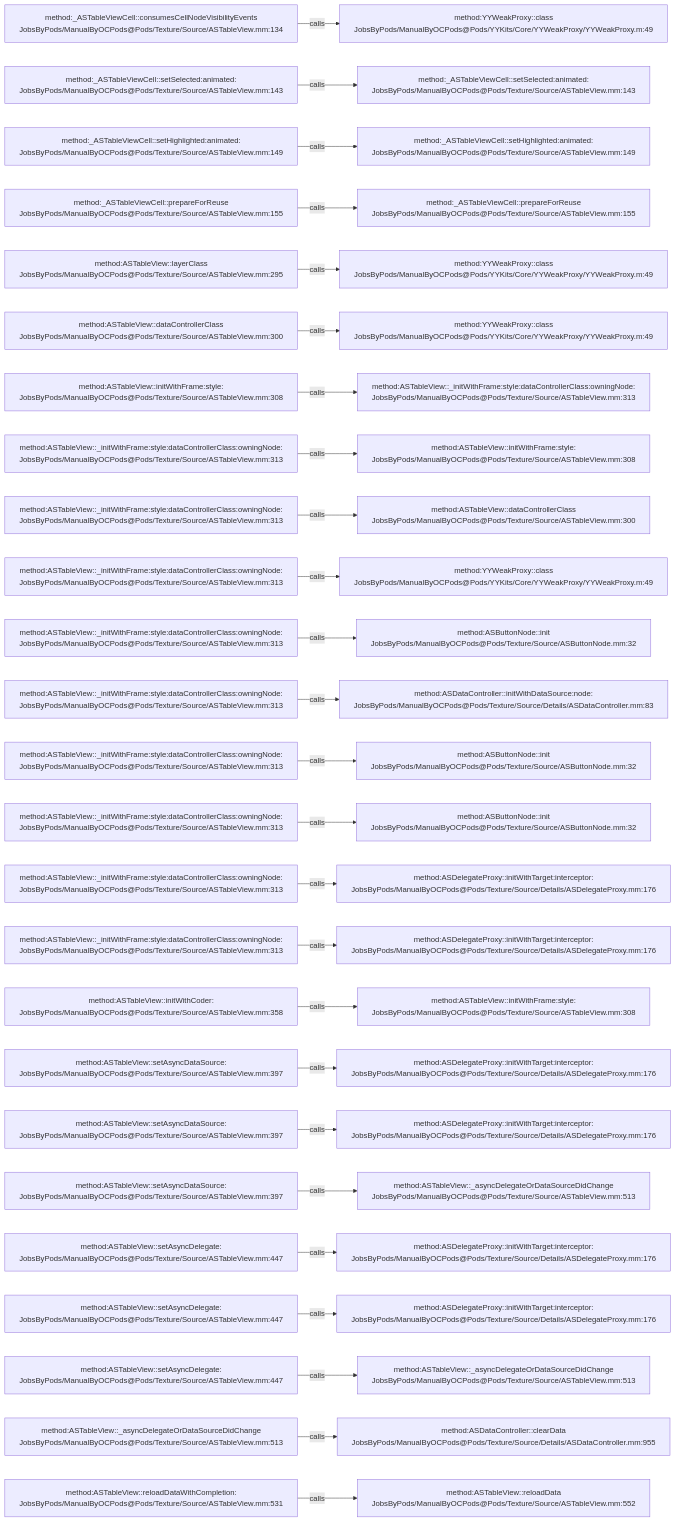
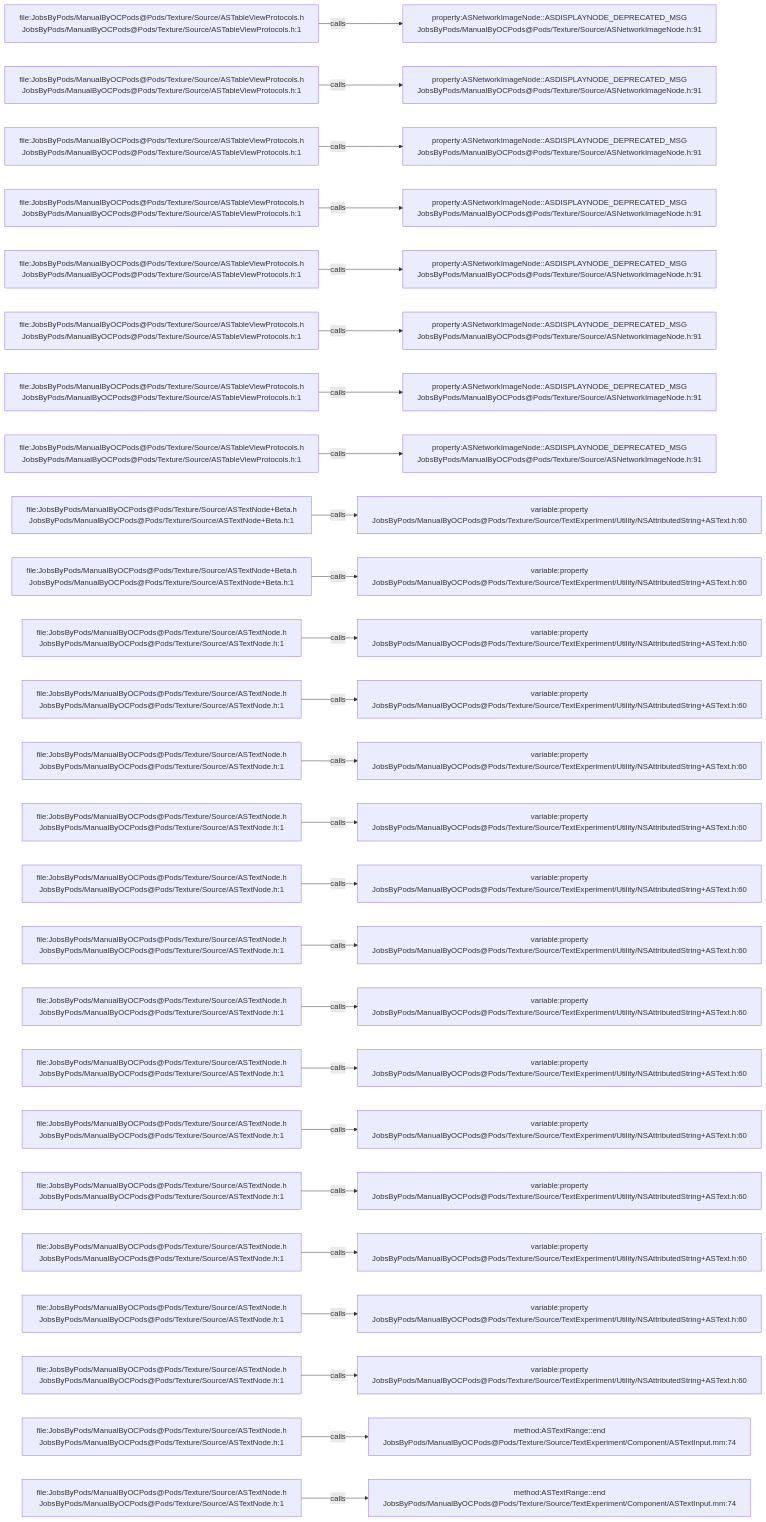
One commit to JobsKits/JobsOCBaseConfigDemo changed the diagram in .codegraph/codegraph.md/graphs/calls-134.md. Above: the diagram before and after it, drawn with Mermaid. The commit also changed 1223 other files, not shown here.

````diff
--- a/.codegraph/codegraph.md/graphs/calls-134.md
+++ b/.codegraph/codegraph.md/graphs/calls-134.md
@@ -13,78 +13,78 @@
 ```mermaid
 flowchart LR
-  S1["method:_ASTableViewCell::consumesCellNodeVisibilityEvents<br/>JobsByPods/ManualByOCPods@Pods/Texture/Source/ASTableView.mm:134"]
-  T1["method:YYWeakProxy::class<br/>JobsByPods/ManualByOCPods@Pods/YYKits/Core/YYWeakProxy/YYWeakProxy.m:49"]
+  S1["file:JobsByPods/ManualByOCPods@Pods/Texture/Source/ASTableViewProtocols.h<br/>JobsByPods/ManualByOCPods@Pods/Texture/Source/ASTableViewProtocols.h:1"]
+  T1["property:ASNetworkImageNode::ASDISPLAYNODE_DEPRECATED_MSG<br/>JobsByPods/ManualByOCPods@Pods/Texture/Source/ASNetworkImageNode.h:91"]
   S1 -->|calls| T1
-  S2["method:_ASTableViewCell::setSelected:animated:<br/>JobsByPods/ManualByOCPods@Pods/Texture/Source/ASTableView.mm:143"]
-  T2["method:_ASTableViewCell::setSelected:animated:<br/>JobsByPods/ManualByOCPods@Pods/Texture/Source/ASTableView.mm:143"]
+  S2["file:JobsByPods/ManualByOCPods@Pods/Texture/Source/ASTableViewProtocols.h<br/>JobsByPods/ManualByOCPods@Pods/Texture/Source/ASTableViewProtocols.h:1"]
+  T2["property:ASNetworkImageNode::ASDISPLAYNODE_DEPRECATED_MSG<br/>JobsByPods/ManualByOCPods@Pods/Texture/Source/ASNetworkImageNode.h:91"]
   S2 -->|calls| T2
-  S3["method:_ASTableViewCell::setHighlighted:animated:<br/>JobsByPods/ManualByOCPods@Pods/Texture/Source/ASTableView.mm:149"]
-  T3["method:_ASTableViewCell::setHighlighted:animated:<br/>JobsByPods/ManualByOCPods@Pods/Texture/Source/ASTableView.mm:149"]
+  S3["file:JobsByPods/ManualByOCPods@Pods/Texture/Source/ASTableViewProtocols.h<br/>JobsByPods/ManualByOCPods@Pods/Texture/Source/ASTableViewProtocols.h:1"]
+  T3["property:ASNetworkImageNode::ASDISPLAYNODE_DEPRECATED_MSG<br/>JobsByPods/ManualByOCPods@Pods/Texture/Source/ASNetworkImageNode.h:91"]
   S3 -->|calls| T3
-  S4["method:_ASTableViewCell::prepareForReuse<br/>JobsByPods/ManualByOCPods@Pods/Texture/Source/ASTableView.mm:155"]
-  T4["method:_ASTableViewCell::prepareForReuse<br/>JobsByPods/ManualByOCPods@Pods/Texture/Source/ASTableView.mm:155"]
+  S4["file:JobsByPods/ManualByOCPods@Pods/Texture/Source/ASTableViewProtocols.h<br/>JobsByPods/ManualByOCPods@Pods/Texture/Source/ASTableViewProtocols.h:1"]
+  T4["property:ASNetworkImageNode::ASDISPLAYNODE_DEPRECATED_MSG<br/>JobsByPods/ManualByOCPods@Pods/Texture/Source/ASNetworkImageNode.h:91"]
   S4 -->|calls| T4
-  S5["method:ASTableView::layerClass<br/>JobsByPods/ManualByOCPods@Pods/Texture/Source/ASTableView.mm:295"]
-  T5["method:YYWeakProxy::class<br/>JobsByPods/ManualByOCPods@Pods/YYKits/Core/YYWeakProxy/YYWeakProxy.m:49"]
+  S5["file:JobsByPods/ManualByOCPods@Pods/Texture/Source/ASTableViewProtocols.h<br/>JobsByPods/ManualByOCPods@Pods/Texture/Source/ASTableViewProtocols.h:1"]
+  T5["property:ASNetworkImageNode::ASDISPLAYNODE_DEPRECATED_MSG<br/>JobsByPods/ManualByOCPods@Pods/Texture/Source/ASNetworkImageNode.h:91"]
   S5 -->|calls| T5
-  S6["method:ASTableView::dataControllerClass<br/>JobsByPods/ManualByOCPods@Pods/Texture/Source/ASTableView.mm:300"]
-  T6["method:YYWeakProxy::class<br/>JobsByPods/ManualByOCPods@Pods/YYKits/Core/YYWeakProxy/YYWeakProxy.m:49"]
+  S6["file:JobsByPods/ManualByOCPods@Pods/Texture/Source/ASTableViewProtocols.h<br/>JobsByPods/ManualByOCPods@Pods/Texture/Source/ASTableViewProtocols.h:1"]
+  T6["property:ASNetworkImageNode::ASDISPLAYNODE_DEPRECATED_MSG<br/>JobsByPods/ManualByOCPods@Pods/Texture/Source/ASNetworkImageNode.h:91"]
   S6 -->|calls| T6
-  S7["method:ASTableView::initWithFrame:style:<br/>JobsByPods/ManualByOCPods@Pods/Texture/Source/ASTableView.mm:308"]
-  T7["method:ASTableView::_initWithFrame:style:dataControllerClass:owningNode:<br/>JobsByPods/ManualByOCPods@Pods/Texture/Source/ASTableView.mm:313"]
+  S7["file:JobsByPods/ManualByOCPods@Pods/Texture/Source/ASTableViewProtocols.h<br/>JobsByPods/ManualByOCPods@Pods/Texture/Source/ASTableViewProtocols.h:1"]
+  T7["property:ASNetworkImageNode::ASDISPLAYNODE_DEPRECATED_MSG<br/>JobsByPods/ManualByOCPods@Pods/Texture/Source/ASNetworkImageNode.h:91"]
   S7 -->|calls| T7
-  S8["method:ASTableView::_initWithFrame:style:dataControllerClass:owningNode:<br/>JobsByPods/ManualByOCPods@Pods/Texture/Source/ASTableView.mm:313"]
-  T8["method:ASTableView::initWithFrame:style:<br/>JobsByPods/ManualByOCPods@Pods/Texture/Source/ASTableView.mm:308"]
+  S8["file:JobsByPods/ManualByOCPods@Pods/Texture/Source/ASTableViewProtocols.h<br/>JobsByPods/ManualByOCPods@Pods/Texture/Source/ASTableViewProtocols.h:1"]
+  T8["property:ASNetworkImageNode::ASDISPLAYNODE_DEPRECATED_MSG<br/>JobsByPods/ManualByOCPods@Pods/Texture/Source/ASNetworkImageNode.h:91"]
   S8 -->|calls| T8
-  S9["method:ASTableView::_initWithFrame:style:dataControllerClass:owningNode:<br/>JobsByPods/ManualByOCPods@Pods/Texture/Source/ASTableView.mm:313"]
-  T9["method:ASTableView::dataControllerClass<br/>JobsByPods/ManualByOCPods@Pods/Texture/Source/ASTableView.mm:300"]
+  S9["file:JobsByPods/ManualByOCPods@Pods/Texture/Source/ASTextNode+Beta.h<br/>JobsByPods/ManualByOCPods@Pods/Texture/Source/ASTextNode+Beta.h:1"]
+  T9["variable:property<br/>JobsByPods/ManualByOCPods@Pods/Texture/Source/TextExperiment/Utility/NSAttributedString+ASText.h:60"]
   S9 -->|calls| T9
-  S10["method:ASTableView::_initWithFrame:style:dataControllerClass:owningNode:<br/>JobsByPods/ManualByOCPods@Pods/Texture/Source/ASTableView.mm:313"]
-  T10["method:YYWeakProxy::class<br/>JobsByPods/ManualByOCPods@Pods/YYKits/Core/YYWeakProxy/YYWeakProxy.m:49"]
+  S10["file:JobsByPods/ManualByOCPods@Pods/Texture/Source/ASTextNode+Beta.h<br/>JobsByPods/ManualByOCPods@Pods/Texture/Source/ASTextNode+Beta.h:1"]
+  T10["variable:property<br/>JobsByPods/ManualByOCPods@Pods/Texture/Source/TextExperiment/Utility/NSAttributedString+ASText.h:60"]
   S10 -->|calls| T10
-  S11["method:ASTableView::_initWithFrame:style:dataControllerClass:owningNode:<br/>JobsByPods/ManualByOCPods@Pods/Texture/Source/ASTableView.mm:313"]
-  T11["method:ASButtonNode::init<br/>JobsByPods/ManualByOCPods@Pods/Texture/Source/ASButtonNode.mm:32"]
+  S11["file:JobsByPods/ManualByOCPods@Pods/Texture/Source/ASTextNode.h<br/>JobsByPods/ManualByOCPods@Pods/Texture/Source/ASTextNode.h:1"]
+  T11["variable:property<br/>JobsByPods/ManualByOCPods@Pods/Texture/Source/TextExperiment/Utility/NSAttributedString+ASText.h:60"]
   S11 -->|calls| T11
-  S12["method:ASTableView::_initWithFrame:style:dataControllerClass:owningNode:<br/>JobsByPods/ManualByOCPods@Pods/Texture/Source/ASTableView.mm:313"]
-  T12["method:ASDataController::initWithDataSource:node:<br/>JobsByPods/ManualByOCPods@Pods/Texture/Source/Details/ASDataController.mm:83"]
+  S12["file:JobsByPods/ManualByOCPods@Pods/Texture/Source/ASTextNode.h<br/>JobsByPods/ManualByOCPods@Pods/Texture/Source/ASTextNode.h:1"]
+  T12["variable:property<br/>JobsByPods/ManualByOCPods@Pods/Texture/Source/TextExperiment/Utility/NSAttributedString+ASText.h:60"]
   S12 -->|calls| T12
-  S13["method:ASTableView::_initWithFrame:style:dataControllerClass:owningNode:<br/>JobsByPods/ManualByOCPods@Pods/Texture/Source/ASTableView.mm:313"]
-  T13["method:ASButtonNode::init<br/>JobsByPods/ManualByOCPods@Pods/Texture/Source/ASButtonNode.mm:32"]
+  S13["file:JobsByPods/ManualByOCPods@Pods/Texture/Source/ASTextNode.h<br/>JobsByPods/ManualByOCPods@Pods/Texture/Source/ASTextNode.h:1"]
+  T13["variable:property<br/>JobsByPods/ManualByOCPods@Pods/Texture/Source/TextExperiment/Utility/NSAttributedString+ASText.h:60"]
   S13 -->|calls| T13
-  S14["method:ASTableView::_initWithFrame:style:dataControllerClass:owningNode:<br/>JobsByPods/ManualByOCPods@Pods/Texture/Source/ASTableView.mm:313"]
-  T14["method:ASButtonNode::init<br/>JobsByPods/ManualByOCPods@Pods/Texture/Source/ASButtonNode.mm:32"]
+  S14["file:JobsByPods/ManualByOCPods@Pods/Texture/Source/ASTextNode.h<br/>JobsByPods/ManualByOCPods@Pods/Texture/Source/ASTextNode.h:1"]
+  T14["variable:property<br/>JobsByPods/ManualByOCPods@Pods/Texture/Source/TextExperiment/Utility/NSAttributedString+ASText.h:60"]
   S14 -->|calls| T14
-  S15["method:ASTableView::_initWithFrame:style:dataControllerClass:owningNode:<br/>JobsByPods/ManualByOCPods@Pods/Texture/Source/ASTableView.mm:313"]
-  T15["method:ASDelegateProxy::initWithTarget:interceptor:<br/>JobsByPods/ManualByOCPods@Pods/Texture/Source/Details/ASDelegateProxy.mm:176"]
+  S15["file:JobsByPods/ManualByOCPods@Pods/Texture/Source/ASTextNode.h<br/>JobsByPods/ManualByOCPods@Pods/Texture/Source/ASTextNode.h:1"]
+  T15["variable:property<br/>JobsByPods/ManualByOCPods@Pods/Texture/Source/TextExperiment/Utility/NSAttributedString+ASText.h:60"]
   S15 -->|calls| T15
-  S16["method:ASTableView::_initWithFrame:style:dataControllerClass:owningNode:<br/>JobsByPods/ManualByOCPods@Pods/Texture/Source/ASTableView.mm:313"]
-  T16["method:ASDelegateProxy::initWithTarget:interceptor:<br/>JobsByPods/ManualByOCPods@Pods/Texture/Source/Details/ASDelegateProxy.mm:176"]
+  S16["file:JobsByPods/ManualByOCPods@Pods/Texture/Source/ASTextNode.h<br/>JobsByPods/ManualByOCPods@Pods/Texture/Source/ASTextNode.h:1"]
+  T16["variable:property<br/>JobsByPods/ManualByOCPods@Pods/Texture/Source/TextExperiment/Utility/NSAttributedString+ASText.h:60"]
   S16 -->|calls| T16
-  S17["method:ASTableView::initWithCoder:<br/>JobsByPods/ManualByOCPods@Pods/Texture/Source/ASTableView.mm:358"]
-  T17["method:ASTableView::initWithFrame:style:<br/>JobsByPods/ManualByOCPods@Pods/Texture/Source/ASTableView.mm:308"]
+  S17["file:JobsByPods/ManualByOCPods@Pods/Texture/Source/ASTextNode.h<br/>JobsByPods/ManualByOCPods@Pods/Texture/Source/ASTextNode.h:1"]
+  T17["variable:property<br/>JobsByPods/ManualByOCPods@Pods/Texture/Source/TextExperiment/Utility/NSAttributedString+ASText.h:60"]
   S17 -->|calls| T17
-  S18["method:ASTableView::setAsyncDataSource:<br/>JobsByPods/ManualByOCPods@Pods/Texture/Source/ASTableView.mm:397"]
-  T18["method:ASDelegateProxy::initWithTarget:interceptor:<br/>JobsByPods/ManualByOCPods@Pods/Texture/Source/Details/ASDelegateProxy.mm:176"]
+  S18["file:JobsByPods/ManualByOCPods@Pods/Texture/Source/ASTextNode.h<br/>JobsByPods/ManualByOCPods@Pods/Texture/Source/ASTextNode.h:1"]
+  T18["variable:property<br/>JobsByPods/ManualByOCPods@Pods/Texture/Source/TextExperiment/Utility/NSAttributedString+ASText.h:60"]
   S18 -->|calls| T18
-  S19["method:ASTableView::setAsyncDataSource:<br/>JobsByPods/ManualByOCPods@Pods/Texture/Source/ASTableView.mm:397"]
-  T19["method:ASDelegateProxy::initWithTarget:interceptor:<br/>JobsByPods/ManualByOCPods@Pods/Texture/Source/Details/ASDelegateProxy.mm:176"]
+  S19["file:JobsByPods/ManualByOCPods@Pods/Texture/Source/ASTextNode.h<br/>JobsByPods/ManualByOCPods@Pods/Texture/Source/ASTextNode.h:1"]
+  T19["variable:property<br/>JobsByPods/ManualByOCPods@Pods/Texture/Source/TextExperiment/Utility/NSAttributedString+ASText.h:60"]
   S19 -->|calls| T19
-  S20["method:ASTableView::setAsyncDataSource:<br/>JobsByPods/ManualByOCPods@Pods/Texture/Source/ASTableView.mm:397"]
-  T20["method:ASTableView::_asyncDelegateOrDataSourceDidChange<br/>JobsByPods/ManualByOCPods@Pods/Texture/Source/ASTableView.mm:513"]
+  S20["file:JobsByPods/ManualByOCPods@Pods/Texture/Source/ASTextNode.h<br/>JobsByPods/ManualByOCPods@Pods/Texture/Source/ASTextNode.h:1"]
+  T20["variable:property<br/>JobsByPods/ManualByOCPods@Pods/Texture/Source/TextExperiment/Utility/NSAttributedString+ASText.h:60"]
   S20 -->|calls| T20
-  S21["method:ASTableView::setAsyncDelegate:<br/>JobsByPods/ManualByOCPods@Pods/Texture/Source/ASTableView.mm:447"]
-  T21["method:ASDelegateProxy::initWithTarget:interceptor:<br/>JobsByPods/ManualByOCPods@Pods/Texture/Source/Details/ASDelegateProxy.mm:176"]
+  S21["file:JobsByPods/ManualByOCPods@Pods/Texture/Source/ASTextNode.h<br/>JobsByPods/ManualByOCPods@Pods/Texture/Source/ASTextNode.h:1"]
+  T21["variable:property<br/>JobsByPods/ManualByOCPods@Pods/Texture/Source/TextExperiment/Utility/NSAttributedString+ASText.h:60"]
   S21 -->|calls| T21
-  S22["method:ASTableView::setAsyncDelegate:<br/>JobsByPods/ManualByOCPods@Pods/Texture/Source/ASTableView.mm:447"]
-  T22["method:ASDelegateProxy::initWithTarget:interceptor:<br/>JobsByPods/ManualByOCPods@Pods/Texture/Source/Details/ASDelegateProxy.mm:176"]
+  S22["file:JobsByPods/ManualByOCPods@Pods/Texture/Source/ASTextNode.h<br/>JobsByPods/ManualByOCPods@Pods/Texture/Source/ASTextNode.h:1"]
+  T22["variable:property<br/>JobsByPods/ManualByOCPods@Pods/Texture/Source/TextExperiment/Utility/NSAttributedString+ASText.h:60"]
   S22 -->|calls| T22
-  S23["method:ASTableView::setAsyncDelegate:<br/>JobsByPods/ManualByOCPods@Pods/Texture/Source/ASTableView.mm:447"]
-  T23["method:ASTableView::_asyncDelegateOrDataSourceDidChange<br/>JobsByPods/ManualByOCPods@Pods/Texture/Source/ASTableView.mm:513"]
+  S23["file:JobsByPods/ManualByOCPods@Pods/Texture/Source/ASTextNode.h<br/>JobsByPods/ManualByOCPods@Pods/Texture/Source/ASTextNode.h:1"]
+  T23["variable:property<br/>JobsByPods/ManualByOCPods@Pods/Texture/Source/TextExperiment/Utility/NSAttributedString+ASText.h:60"]
   S23 -->|calls| T23
-  S24["method:ASTableView::_asyncDelegateOrDataSourceDidChange<br/>JobsByPods/ManualByOCPods@Pods/Texture/Source/ASTableView.mm:513"]
-  T24["method:ASDataController::clearData<br/>JobsByPods/ManualByOCPods@Pods/Texture/Source/Details/ASDataController.mm:955"]
+  S24["file:JobsByPods/ManualByOCPods@Pods/Texture/Source/ASTextNode.h<br/>JobsByPods/ManualByOCPods@Pods/Texture/Source/ASTextNode.h:1"]
+  T24["method:ASTextRange::end<br/>JobsByPods/ManualByOCPods@Pods/Texture/Source/TextExperiment/Component/ASTextInput.mm:74"]
   S24 -->|calls| T24
-  S25["method:ASTableView::reloadDataWithCompletion:<br/>JobsByPods/ManualByOCPods@Pods/Texture/Source/ASTableView.mm:531"]
-  T25["method:ASTableView::reloadData<br/>JobsByPods/ManualByOCPods@Pods/Texture/Source/ASTableView.mm:552"]
+  S25["file:JobsByPods/ManualByOCPods@Pods/Texture/Source/ASTextNode.h<br/>JobsByPods/ManualByOCPods@Pods/Texture/Source/ASTextNode.h:1"]
+  T25["method:ASTextRange::end<br/>JobsByPods/ManualByOCPods@Pods/Texture/Source/TextExperiment/Component/ASTextInput.mm:74"]
   S25 -->|calls| T25
 ```
````
